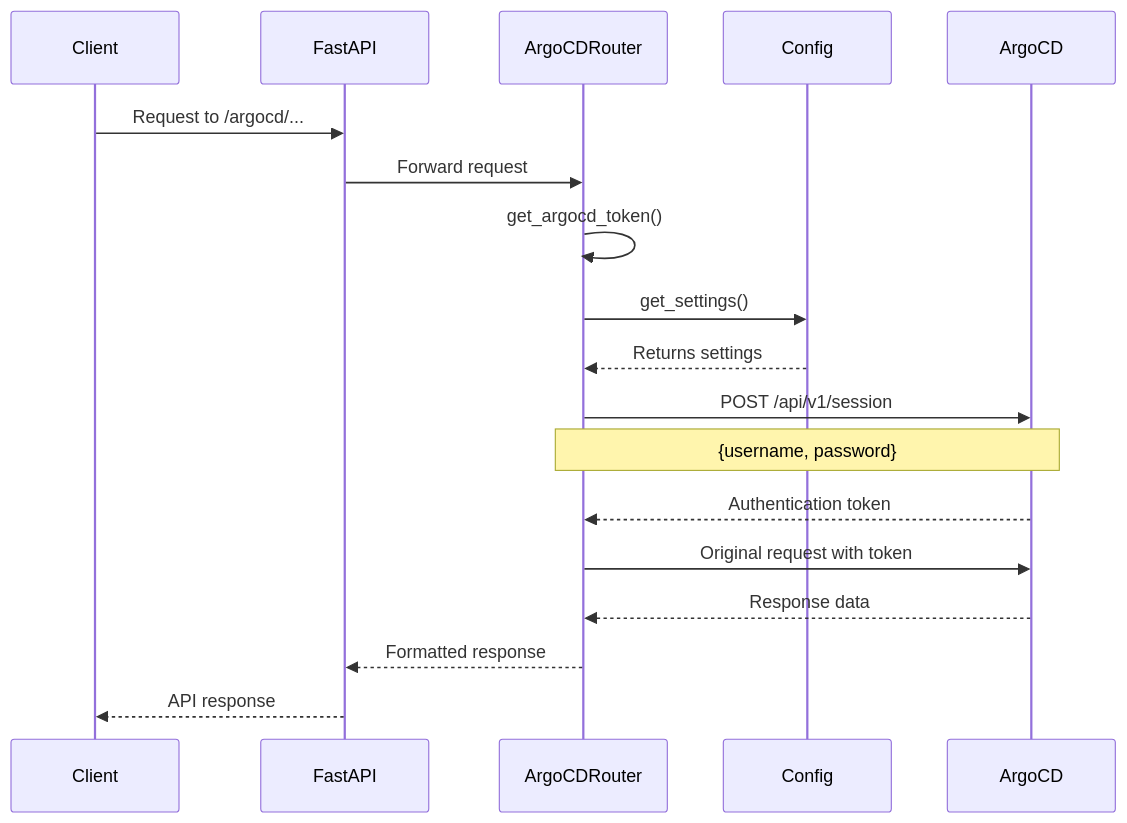
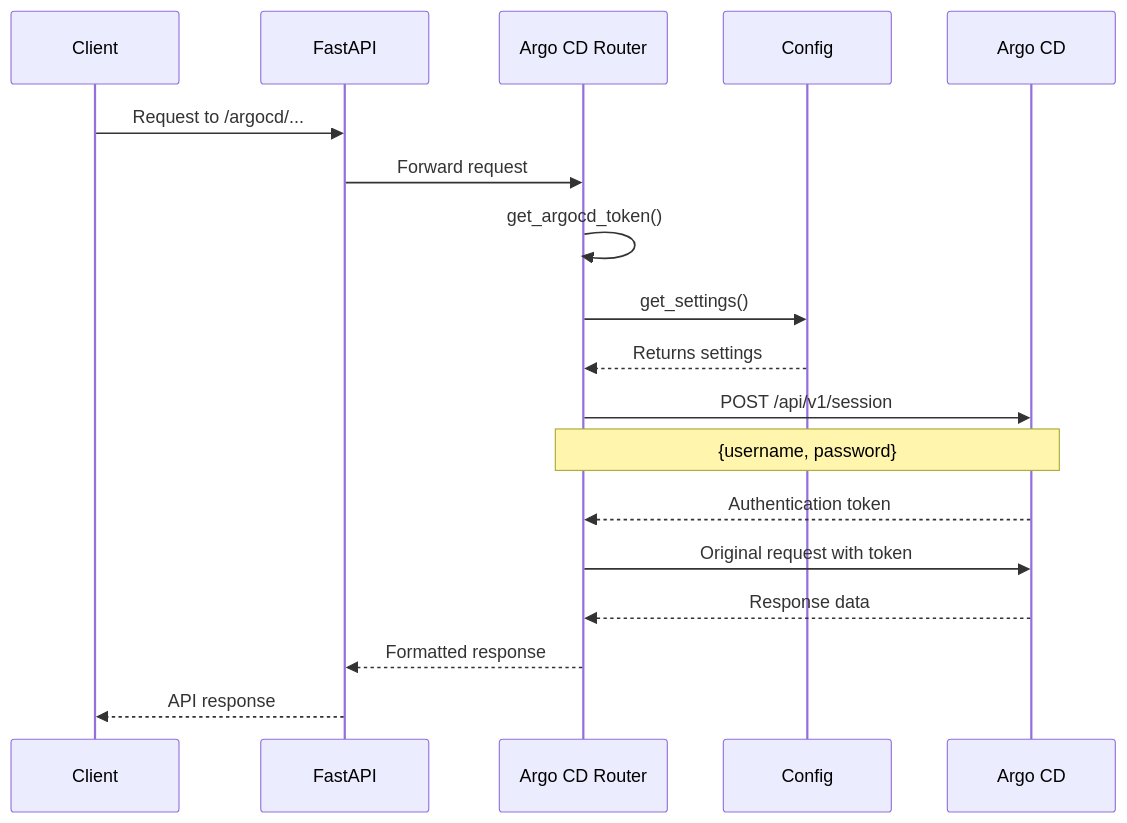
One commit to lloydchang/tvp-k8s changed the diagram in fastapi/mermaid/argo-cd-authentication-sequence.mermaid. Above: the diagram before and after it, drawn with Mermaid. The commit also changed 5 other files, not shown here.

```diff
--- a/fastapi/mermaid/argo-cd-authentication-sequence.mermaid
+++ b/fastapi/mermaid/argo-cd-authentication-sequence.mermaid
@@ -1,21 +1,21 @@
 sequenceDiagram
     participant Client
     participant FastAPI
-    participant ArgoCDRouter
+    participant Argo CD Router
     participant Config
-    participant ArgoCD
+    participant Argo CD
     
     Client->>FastAPI: Request to /argocd/...
-    FastAPI->>ArgoCDRouter: Forward request
-    ArgoCDRouter->>ArgoCDRouter: get_argocd_token()
-    ArgoCDRouter->>Config: get_settings()
-    Config-->>ArgoCDRouter: Returns settings
+    FastAPI->>Argo CD Router: Forward request
+    Argo CD Router->>Argo CD Router: get_argocd_token()
+    Argo CD Router->>Config: get_settings()
+    Config-->>Argo CD Router: Returns settings
     
-    ArgoCDRouter->>ArgoCD: POST /api/v1/session
-    Note over ArgoCDRouter,ArgoCD: {username, password}
-    ArgoCD-->>ArgoCDRouter: Authentication token
+    Argo CD Router->>Argo CD: POST /api/v1/session
+    Note over Argo CD Router,Argo CD: {username, password}
+    Argo CD-->>Argo CD Router: Authentication token
     
-    ArgoCDRouter->>ArgoCD: Original request with token
-    ArgoCD-->>ArgoCDRouter: Response data
-    ArgoCDRouter-->>FastAPI: Formatted response
+    Argo CD Router->>Argo CD: Original request with token
+    Argo CD-->>Argo CD Router: Response data
+    Argo CD Router-->>FastAPI: Formatted response
     FastAPI-->>Client: API response
```
